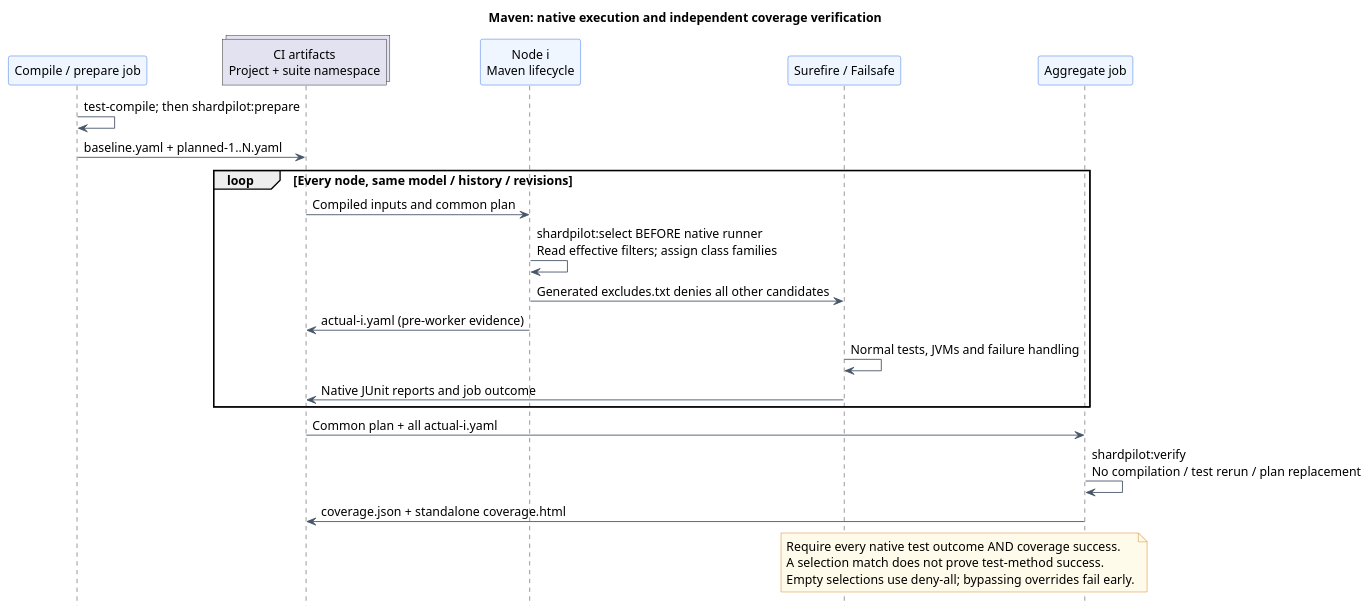
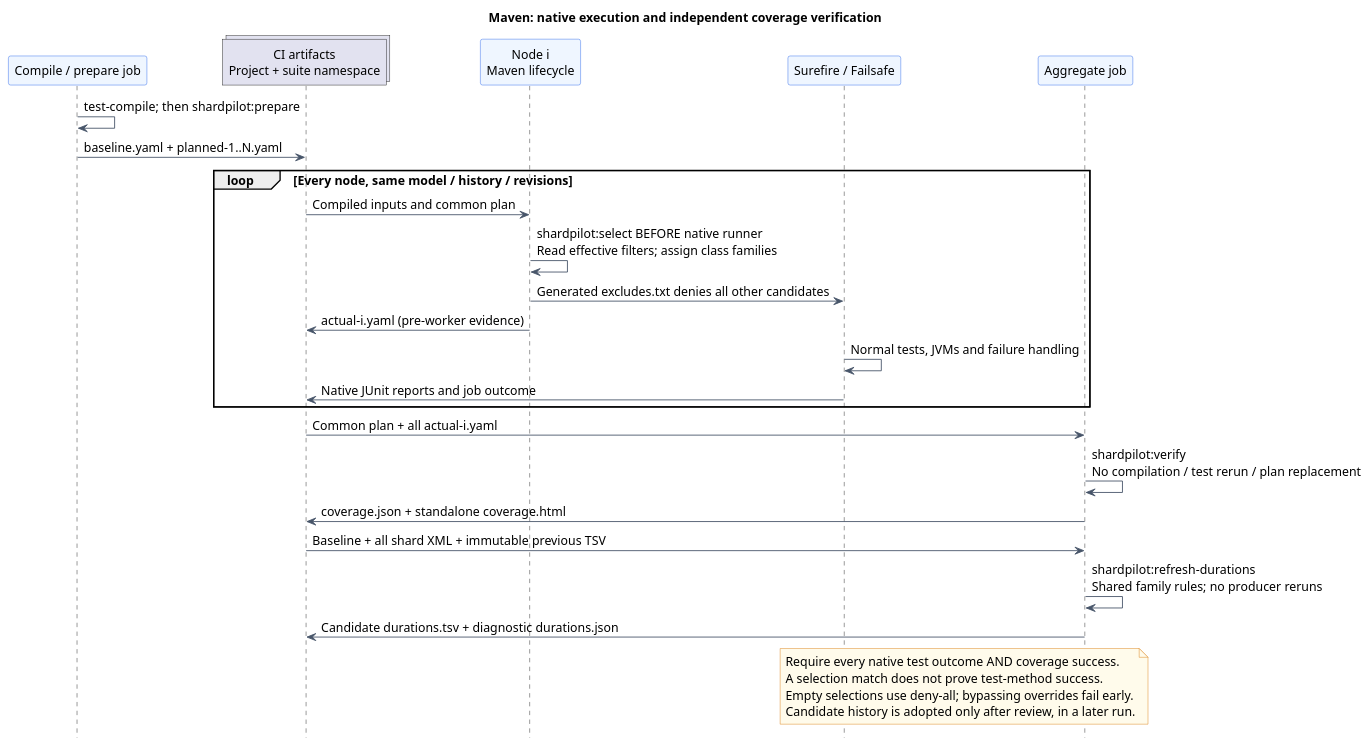
One commit to sjacek/shardpilot changed the diagram in docs/diagrams/maven-execution.puml. Above: the diagram before and after it, drawn with PlantUML. The commit also changed 101 other files, not shown here.

```diff
--- a/docs/diagrams/maven-execution.puml
+++ b/docs/diagrams/maven-execution.puml
@@ -1,38 +1,42 @@
 @startuml
 title Maven: native execution and independent coverage verification
 skinparam backgroundColor #FFFFFF
 skinparam shadowing false
 skinparam defaultFontName SansSerif
 skinparam defaultFontSize 14
 skinparam ArrowColor #475569
 skinparam sequenceParticipantBackgroundColor #EFF6FF
 skinparam sequenceParticipantBorderColor #2563EB
 skinparam noteBackgroundColor #FFFBEB
 skinparam noteBorderColor #D97706
 hide footbox
 
 participant "Compile / prepare job" as prepare
 collections "CI artifacts\nProject + suite namespace" as artifacts
 participant "Node i\nMaven lifecycle" as node
 participant "Surefire / Failsafe" as runner
 participant "Aggregate job" as aggregate
 
 prepare -> prepare : test-compile; then shardpilot:prepare
 prepare -> artifacts : baseline.yaml + planned-1..N.yaml
 loop Every node, same model / history / revisions
   artifacts -> node : Compiled inputs and common plan
   node -> node : shardpilot:select BEFORE native runner\nRead effective filters; assign class families
   node -> runner : Generated excludes.txt denies all other candidates
   node -> artifacts : actual-i.yaml (pre-worker evidence)
   runner -> runner : Normal tests, JVMs and failure handling
   runner -> artifacts : Native JUnit reports and job outcome
 end
 artifacts -> aggregate : Common plan + all actual-i.yaml
 aggregate -> aggregate : shardpilot:verify\nNo compilation / test rerun / plan replacement
 aggregate -> artifacts : coverage.json + standalone coverage.html
+artifacts -> aggregate : Baseline + all shard XML + immutable previous TSV
+aggregate -> aggregate : shardpilot:refresh-durations\nShared family rules; no producer reruns
+aggregate -> artifacts : Candidate durations.tsv + diagnostic durations.json
 note over runner,aggregate
   Require every native test outcome AND coverage success.
   A selection match does not prove test-method success.
   Empty selections use deny-all; bypassing overrides fail early.
+  Candidate history is adopted only after review, in a later run.
 end note
 @enduml
```
